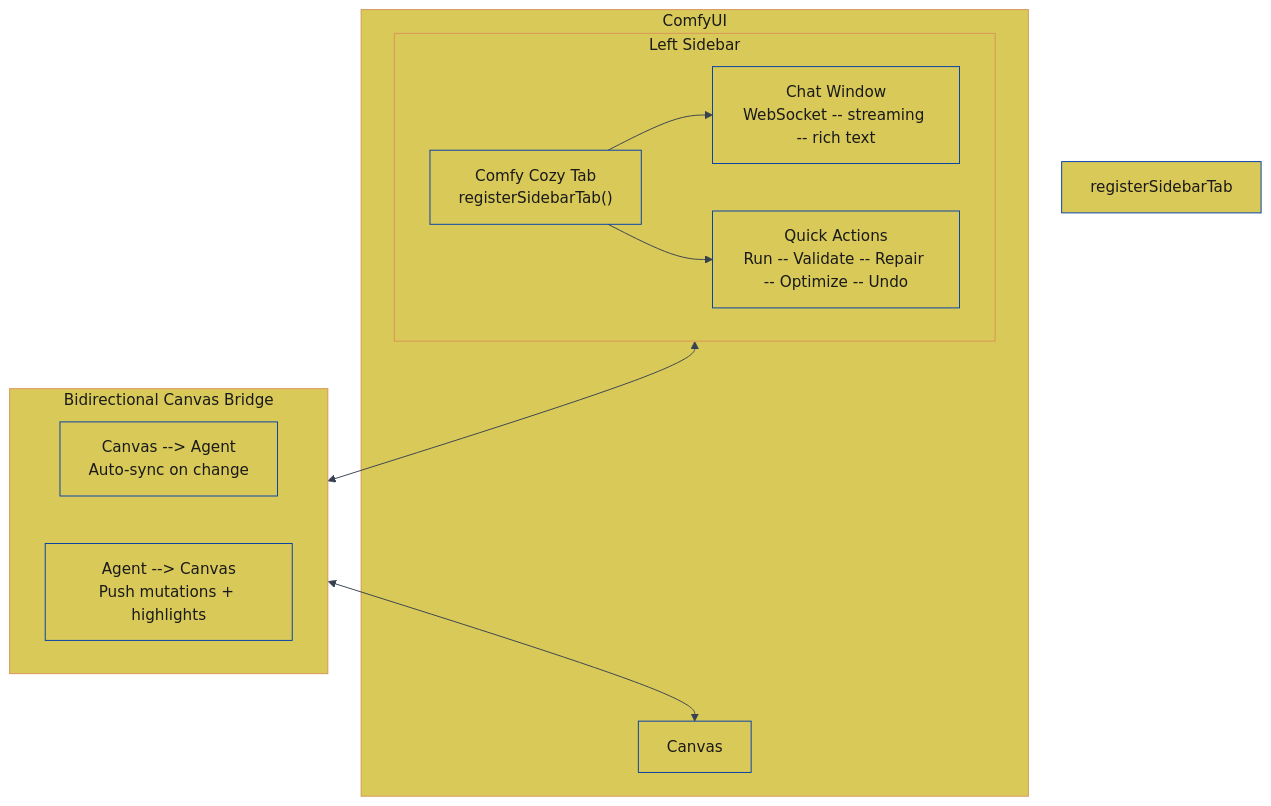
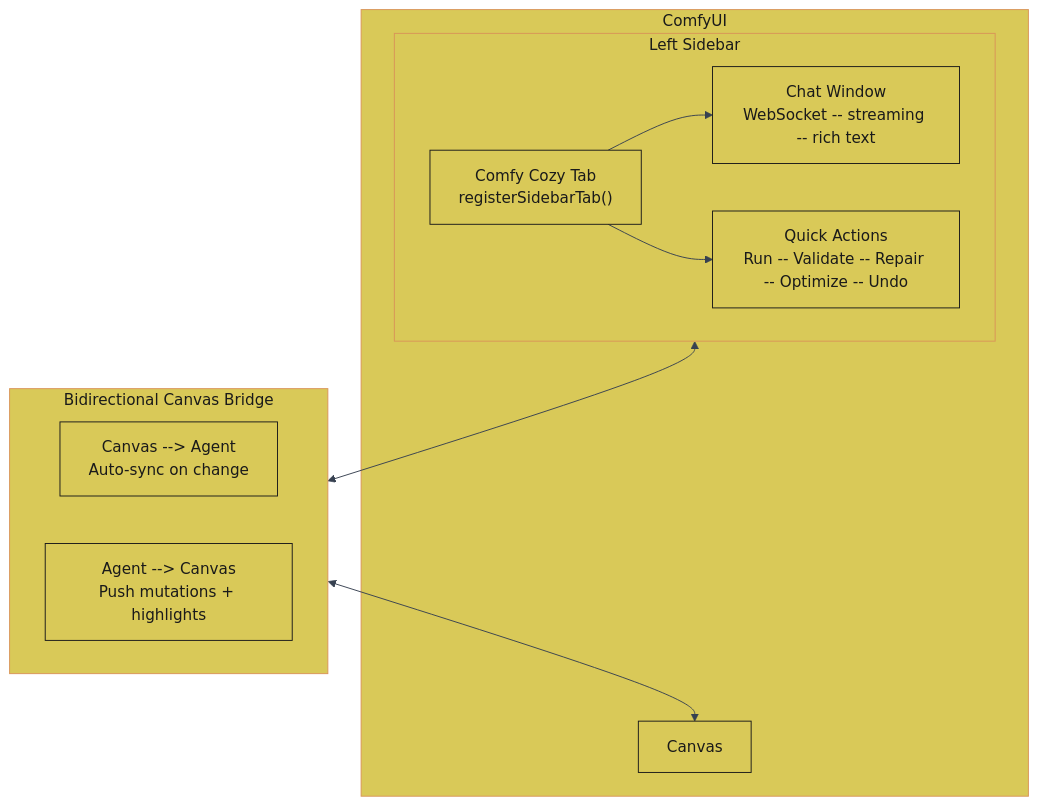
Before and after one commit to JosephOIbrahim/Comfy-Cozy: diagram 14 of 27 in README.md, drawn with Mermaid. The commit also changed other lines of this file, not shown here.

First line of the commit message:
[DOCS] Convert mermaid styling to classDef for reliable GitHub rendering

````diff
--- a/README.md
+++ b/README.md
@@ -758,33 +710,30 @@
 ```mermaid
 %%{init: {'theme':'base','themeVariables': {'primaryColor':'#0066FF','primaryTextColor':'#ffffff','primaryBorderColor':'#003eaa','lineColor':'#374151','secondaryColor':'#374151','tertiaryColor':'#1f2937','fontFamily':'monospace'}}}%%
 graph TB
     subgraph ComfyUI_App ["ComfyUI"]
         subgraph Sidebar ["Left Sidebar"]
             Tab["Comfy Cozy Tab<br/>registerSidebarTab()"]
             Chat["Chat Window<br/>WebSocket -- streaming -- rich text"]
             QA["Quick Actions<br/>Run -- Validate -- Repair -- Optimize -- Undo"]
         end
         Canvas["Canvas"]
     end
 
     subgraph Bridge ["Bidirectional Canvas Bridge"]
         C2A["Canvas --> Agent<br/>Auto-sync on change"]
         A2C["Agent --> Canvas<br/>Push mutations + highlights"]
     end
 
     Tab --> Chat
     Tab --> QA
     Sidebar <--> Bridge
     Bridge <--> Canvas
 
     style ComfyUI_App fill:#d9c958,color:#1a1a1a,stroke:#d99458
     style Sidebar fill:#d9c958,color:#1a1a1a,stroke:#d99458
     style Bridge fill:#d9c958,color:#1a1a1a,stroke:#d99458
-    style Tab fill:#d9c958,color:#1a1a1a
-    style registerSidebarTab fill:#d9c958,color:#1a1a1a
-    style Chat fill:#d9c958,color:#1a1a1a
-    style QA fill:#d9c958,color:#1a1a1a
-    style Canvas fill:#d9c958,color:#1a1a1a
-    style C2A fill:#d9c958,color:#1a1a1a
-    style A2C fill:#d9c958,color:#1a1a1a
+
+    classDef orange fill:#d99458,color:#1a1a1a,stroke:#1a1a1a
+    classDef yellow fill:#d9c958,color:#1a1a1a,stroke:#1a1a1a
+    class Tab,registerSidebarTab,Chat,QA,Canvas,C2A,A2C yellow
 ```
````
